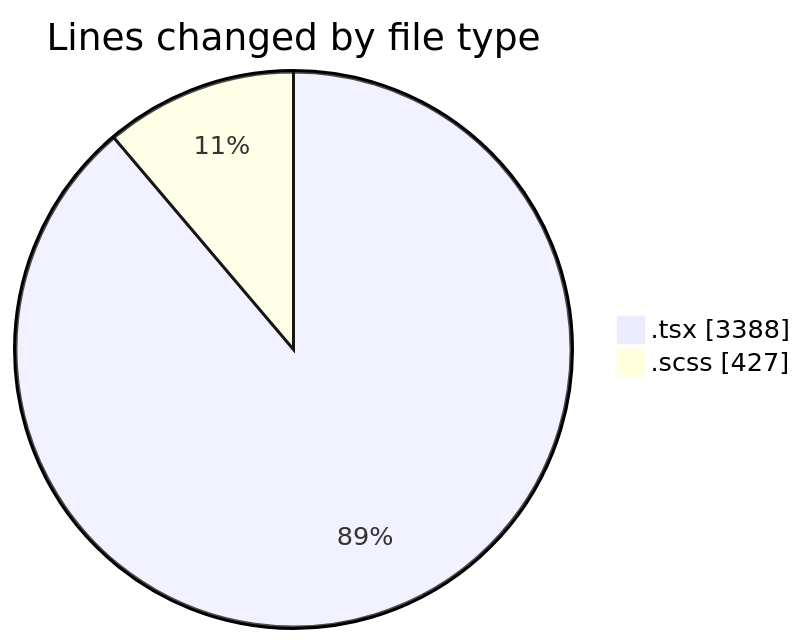
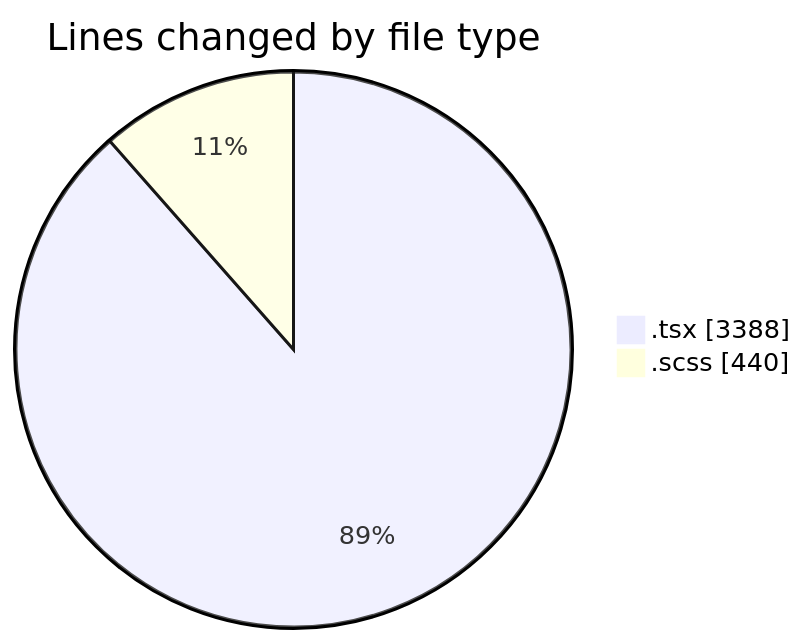
The first of 2 diagrams in 2025-09-30/cda/README.md (momahboobian/code-tracking), drawn with Mermaid before and after one commit. The commit also changed other lines of this file and 1 other file, not shown here.

````diff
--- a/2025-09-30/cda/README.md
+++ b/2025-09-30/cda/README.md
@@ -25,6 +25,6 @@
 ```mermaid
 pie showData
 title Lines changed by file type
 ".tsx" : 3388
-".scss" : 427
+".scss" : 440
 ```
````
